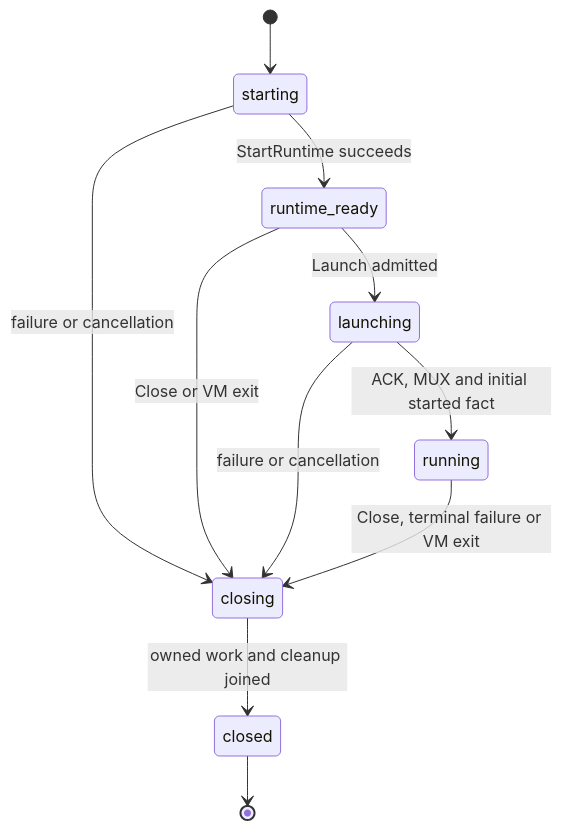
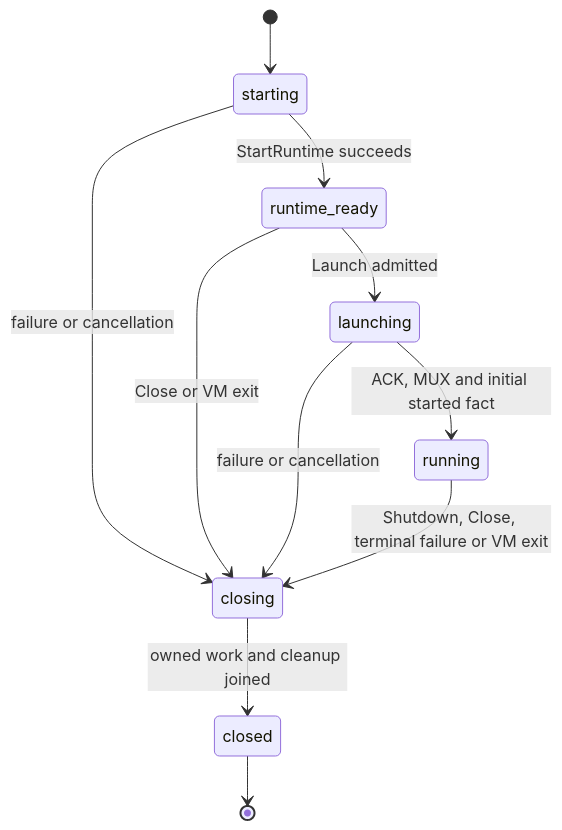
Before and after one commit to kuasar-sandbox/sandboxer: the diagram in docs/runtime.md, drawn with Mermaid. The commit also changed other lines of this file and 44 other files, not shown here.

````diff
--- a/docs/runtime.md
+++ b/docs/runtime.md
@@ -92,13 +92,13 @@
 ```mermaid
 stateDiagram-v2
     [*] --> starting
     starting --> runtime_ready: StartRuntime succeeds
     runtime_ready --> launching: Launch admitted
     launching --> running: ACK, MUX and initial started fact
     starting --> closing: failure or cancellation
     runtime_ready --> closing: Close or VM exit
     launching --> closing: failure or cancellation
-    running --> closing: Close, terminal failure or VM exit
+    running --> closing: Shutdown, Close, terminal failure or VM exit
     closing --> closed: owned work and cleanup joined
     closed --> [*]
 ```
````
